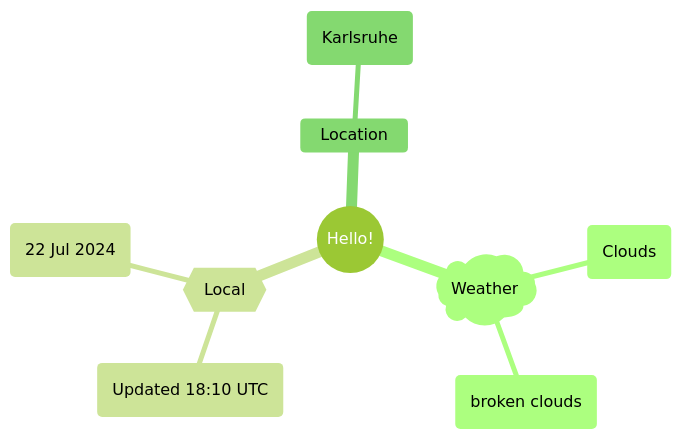
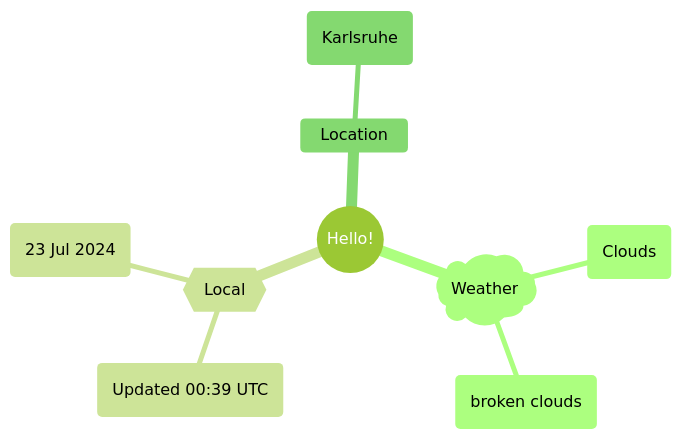
One commit to Xosrov/Xosrov changed the first of 2 diagrams in README.md. Above: the diagram before and after it, drawn with Mermaid (forest theme).

Commit message:
[bot] updated images

````diff
--- a/README.md
+++ b/README.md
@@ -3,12 +3,12 @@
 ```mermaid
 mindmap
   root((Hello!))
     )Weather(
         (Clouds)
         (broken clouds)
     {{Local}}
-        (Updated 18:10 UTC)
-        (22 Jul 2024)
+        (Updated 00:39 UTC)
+        (23 Jul 2024)
     Location
         (Karlsruhe)
 ```
````
